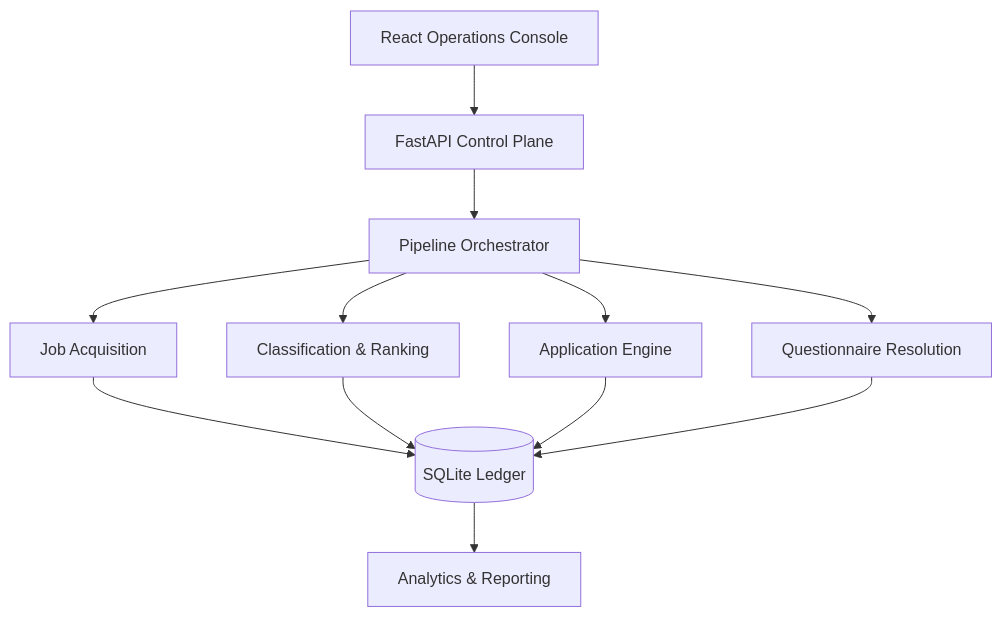
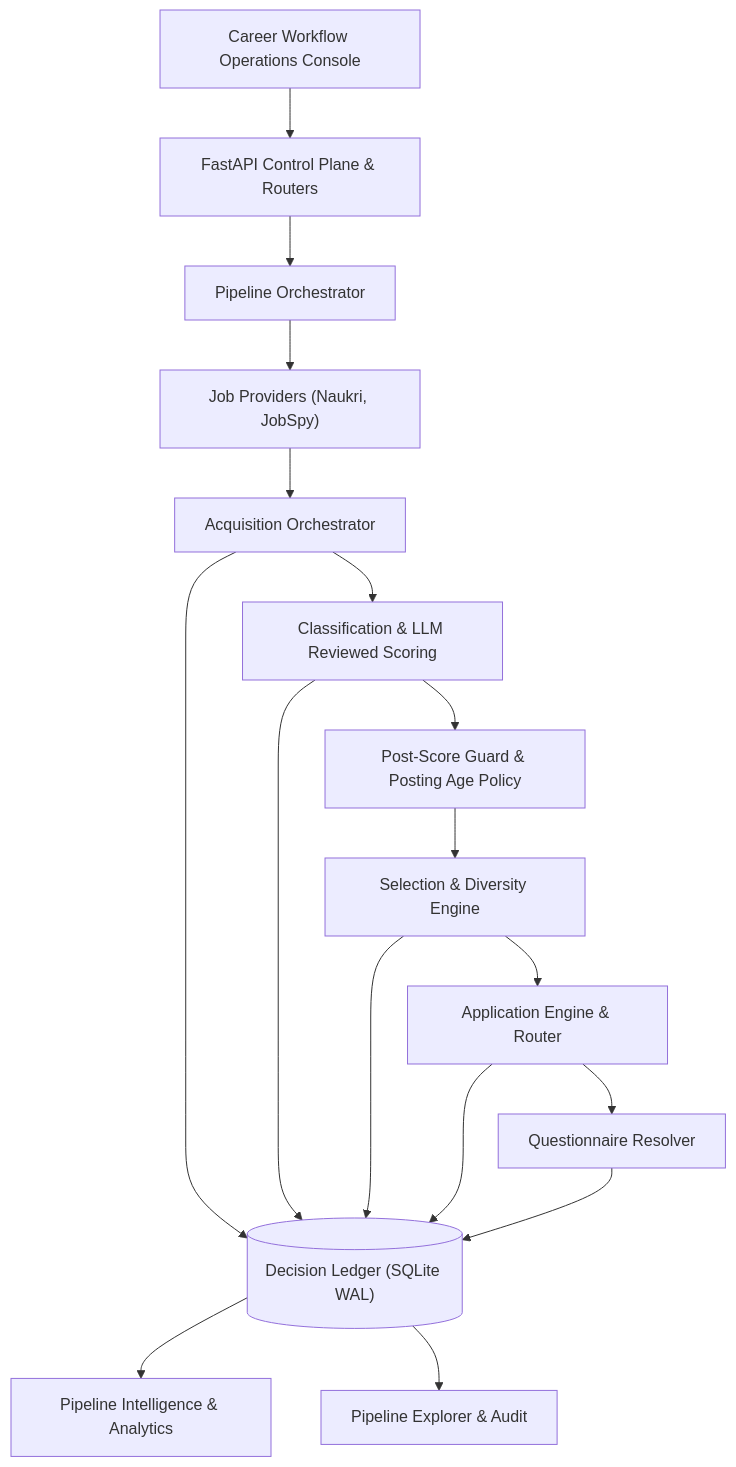
Before and after one commit to areddy1805/career-workflow-next: the first of 11 diagrams in README.md, drawn with Mermaid. The commit also changed other lines of this file and 2 other files, not shown here.

````diff
--- a/README.md
+++ b/README.md
@@ -142,30 +149,39 @@
 ```mermaid
 flowchart TB
 
-UI["React Operations Console"]
-API["FastAPI Control Plane"]
+UI["Career Workflow Operations Console"]
+API["FastAPI Control Plane & Routers"]
 PIPE["Pipeline Orchestrator"]
 
-SEARCH["Job Acquisition"]
-CLASS["Classification & Ranking"]
-APPLY["Application Engine"]
-RESOLVE["Questionnaire Resolution"]
+PROVIDERS["Job Providers (Naukri, JobSpy)"]
+SEARCH["Acquisition Orchestrator"]
+CLASS["Classification & LLM Reviewed Scoring"]
+PSG["Post-Score Guard & Posting Age Policy"]
+SELECT["Selection & Diversity Engine"]
+APPLY["Application Engine & Router"]
+RESOLVE["Questionnaire Resolver"]
 
-LEDGER[("SQLite Ledger")]
-ANALYTICS["Analytics & Reporting"]
+LEDGER[("Decision Ledger (SQLite WAL)")]
+INTEL["Pipeline Intelligence & Analytics"]
+EXPLORE["Pipeline Explorer & Audit"]
 
 UI --> API
 API --> PIPE
 
-PIPE --> SEARCH
-PIPE --> CLASS
-PIPE --> APPLY
-PIPE --> RESOLVE
+PIPE --> PROVIDERS
+PROVIDERS --> SEARCH
+SEARCH --> CLASS
+CLASS --> PSG
+PSG --> SELECT
+SELECT --> APPLY
+APPLY --> RESOLVE
 
 SEARCH --> LEDGER
 CLASS --> LEDGER
+SELECT --> LEDGER
 APPLY --> LEDGER
 RESOLVE --> LEDGER
 
-LEDGER --> ANALYTICS
+LEDGER --> INTEL
+LEDGER --> EXPLORE
 ```
````
